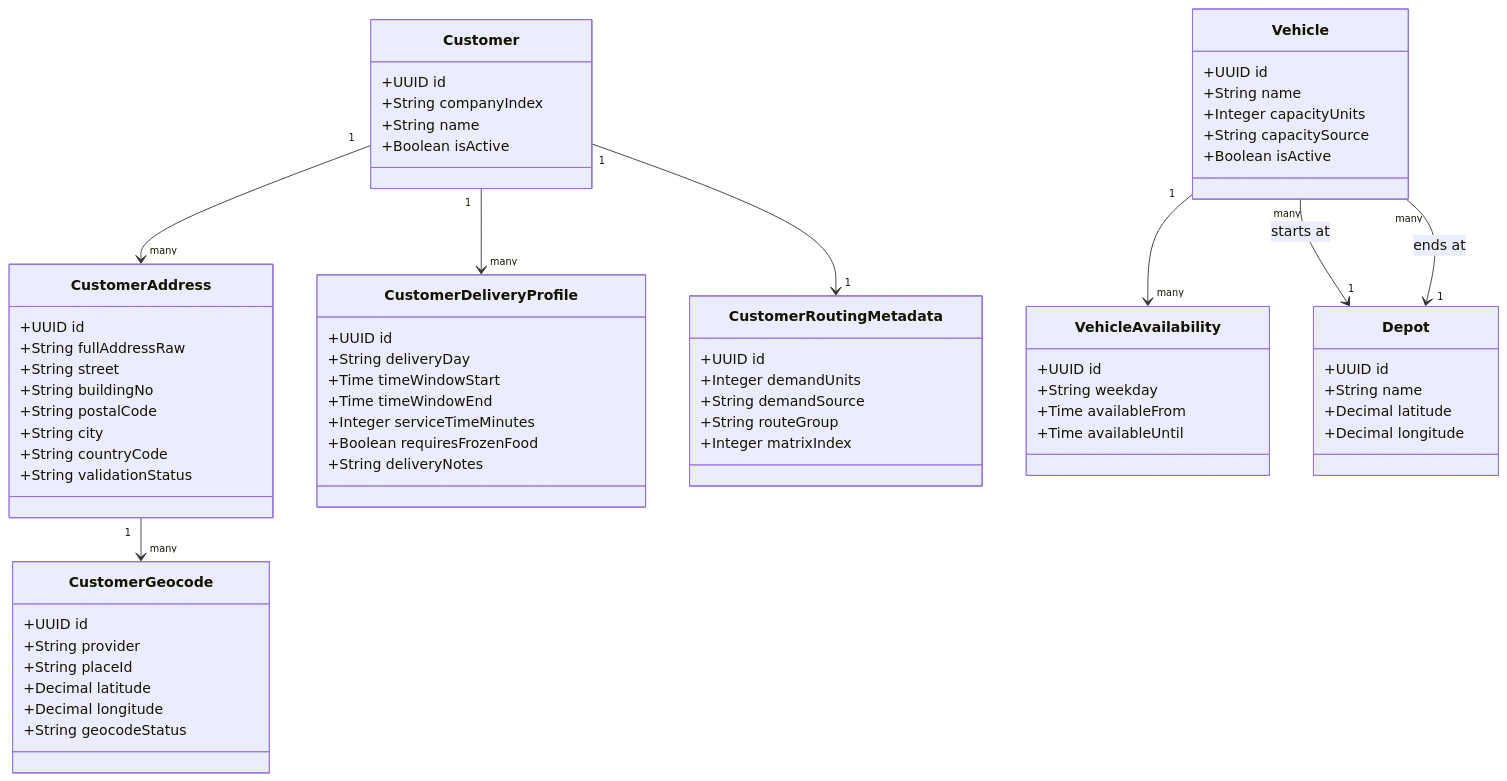
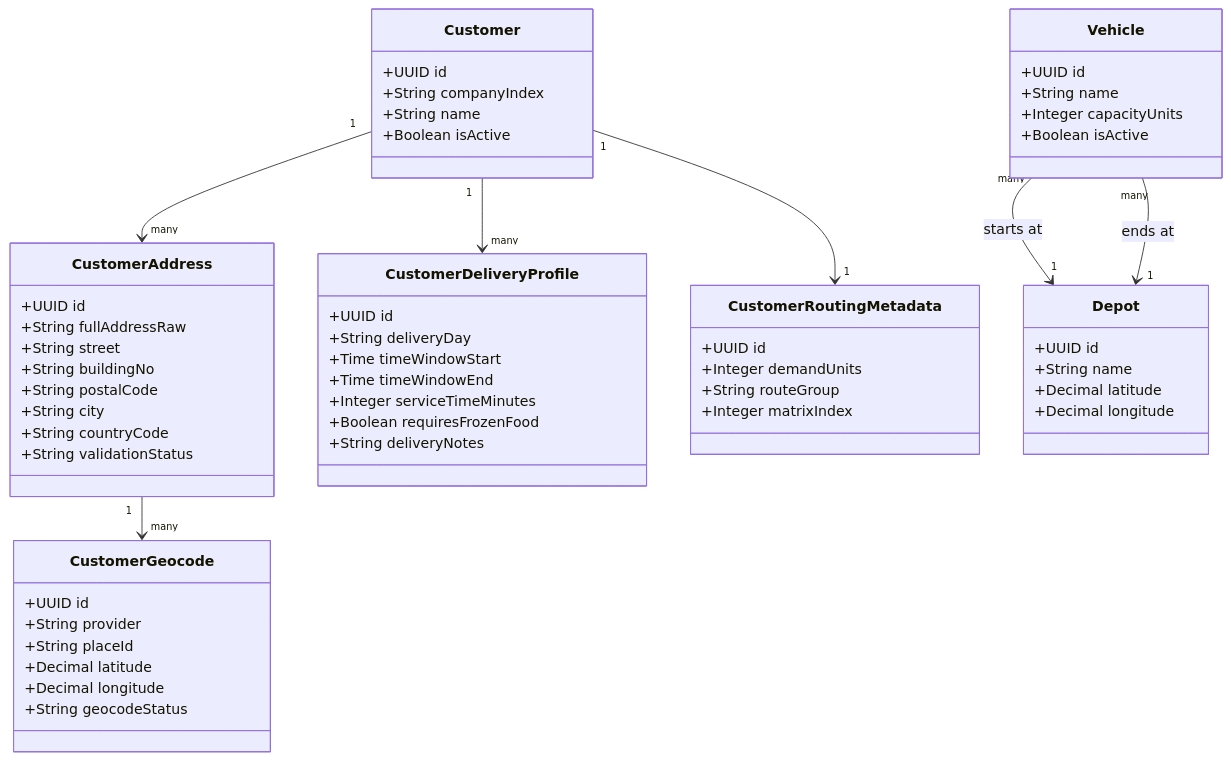
Before and after one commit to Svenson-Maximus/RouteOptimizationApp: the second of 2 diagrams in docs/modeling/optimization-data-model.md, drawn with Mermaid. The commit also changed other lines of this file and 5 other files, not shown here.

Commit message:
Add route optimization tables to init schema

````diff
--- a/docs/modeling/optimization-data-model.md
+++ b/docs/modeling/optimization-data-model.md
@@ -143,78 +109,68 @@
 ```mermaid
 classDiagram
     class Customer {
         +UUID id
         +String companyIndex
         +String name
         +Boolean isActive
     }
 
     class CustomerAddress {
         +UUID id
         +String fullAddressRaw
         +String street
         +String buildingNo
         +String postalCode
         +String city
         +String countryCode
         +String validationStatus
     }
 
     class CustomerGeocode {
         +UUID id
         +String provider
         +String placeId
         +Decimal latitude
         +Decimal longitude
         +String geocodeStatus
     }
 
     class CustomerDeliveryProfile {
         +UUID id
         +String deliveryDay
         +Time timeWindowStart
         +Time timeWindowEnd
         +Integer serviceTimeMinutes
         +Boolean requiresFrozenFood
         +String deliveryNotes
     }
 
     class CustomerRoutingMetadata {
         +UUID id
         +Integer demandUnits
-        +String demandSource
         +String routeGroup
         +Integer matrixIndex
     }
 
     class Vehicle {
         +UUID id
         +String name
         +Integer capacityUnits
-        +String capacitySource
         +Boolean isActive
-    }
-
-    class VehicleAvailability {
-        +UUID id
-        +String weekday
-        +Time availableFrom
-        +Time availableUntil
     }
 
     class Depot {
         +UUID id
         +String name
         +Decimal latitude
         +Decimal longitude
     }
 
     Customer "1" --> "many" CustomerAddress
     CustomerAddress "1" --> "many" CustomerGeocode
     Customer "1" --> "many" CustomerDeliveryProfile
     Customer "1" --> "1" CustomerRoutingMetadata
 
     Vehicle "many" --> "1" Depot : starts at
     Vehicle "many" --> "1" Depot : ends at
-    Vehicle "1" --> "many" VehicleAvailability
 ```
````
